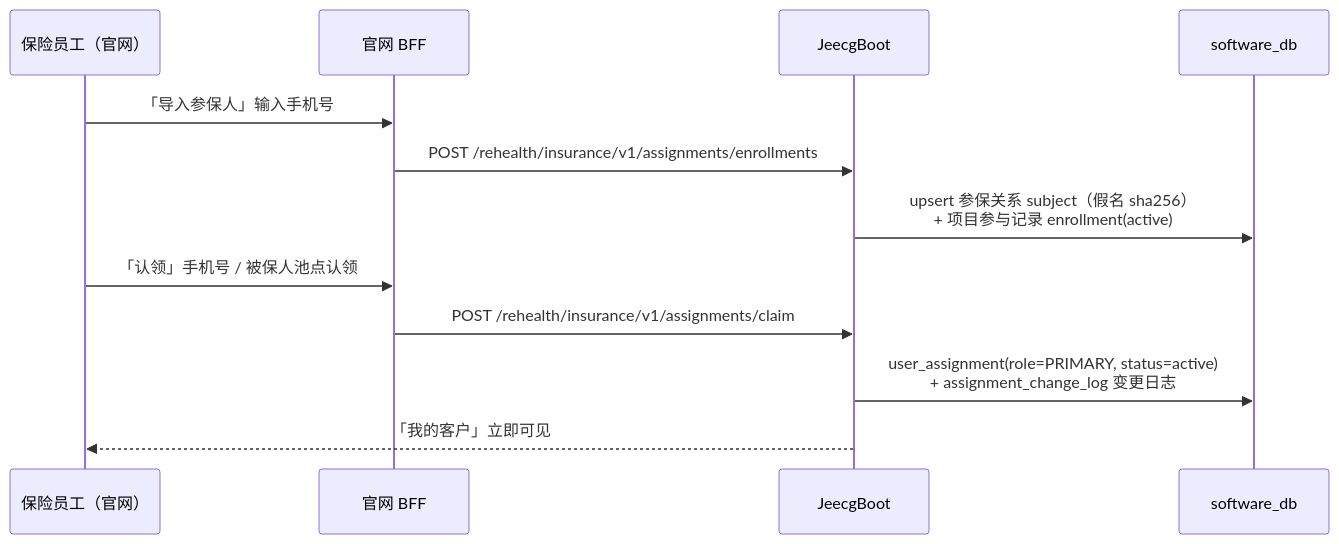
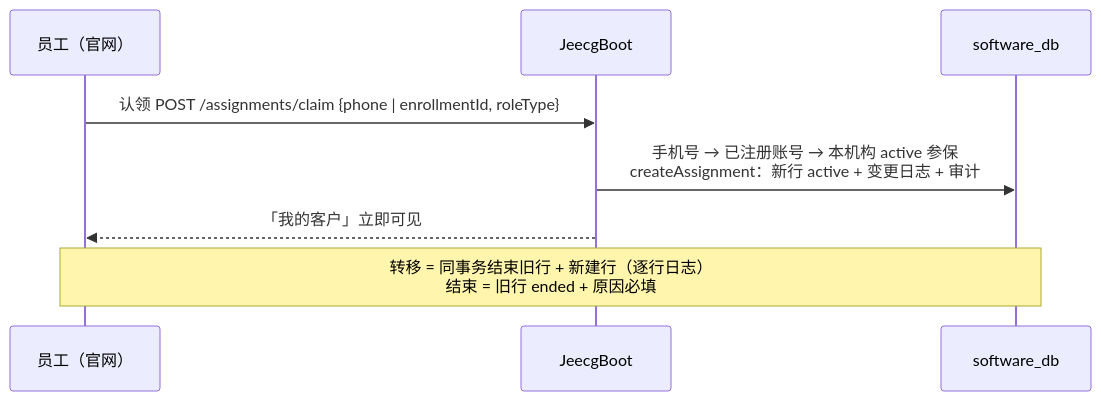
The third of 7 diagrams in docs/保险侧服务关系与扫码关联.md (wjmlong/rehealth_tongbu), drawn with Mermaid before and after one commit. The commit also changed other lines of this file and 4 other files, not shown here.

````diff
--- a/docs/保险侧服务关系与扫码关联.md
+++ b/docs/保险侧服务关系与扫码关联.md
@@ -391,14 +47,10 @@
 ```mermaid
 sequenceDiagram
-    participant EMP as 保险员工（官网）
-    participant BFF as 官网 BFF
+    participant EMP as 员工（官网）
     participant JEE as JeecgBoot
     participant DB as software_db
-    EMP->>BFF: 「导入参保人」输入手机号
-    BFF->>JEE: POST /rehealth/insurance/v1/assignments/enrollments
-    JEE->>DB: upsert 参保关系 subject（假名 sha256）<br>+ 项目参与记录 enrollment(active)
-    EMP->>BFF: 「认领」手机号 / 被保人池点认领
-    BFF->>JEE: POST /rehealth/insurance/v1/assignments/claim
-    JEE->>DB: user_assignment(role=PRIMARY, status=active)<br>+ assignment_change_log 变更日志
+    EMP->>JEE: 认领 POST /assignments/claim {phone | enrollmentId, roleType}
+    JEE->>DB: 手机号 → 已注册账号 → 本机构 active 参保<br>createAssignment：新行 active + 变更日志 + 审计
     JEE-->>EMP: 「我的客户」立即可见
+    Note over EMP,DB: 转移 = 同事务结束旧行 + 新建行（逐行日志）<br>结束 = 旧行 ended + 原因必填
 ```
````
